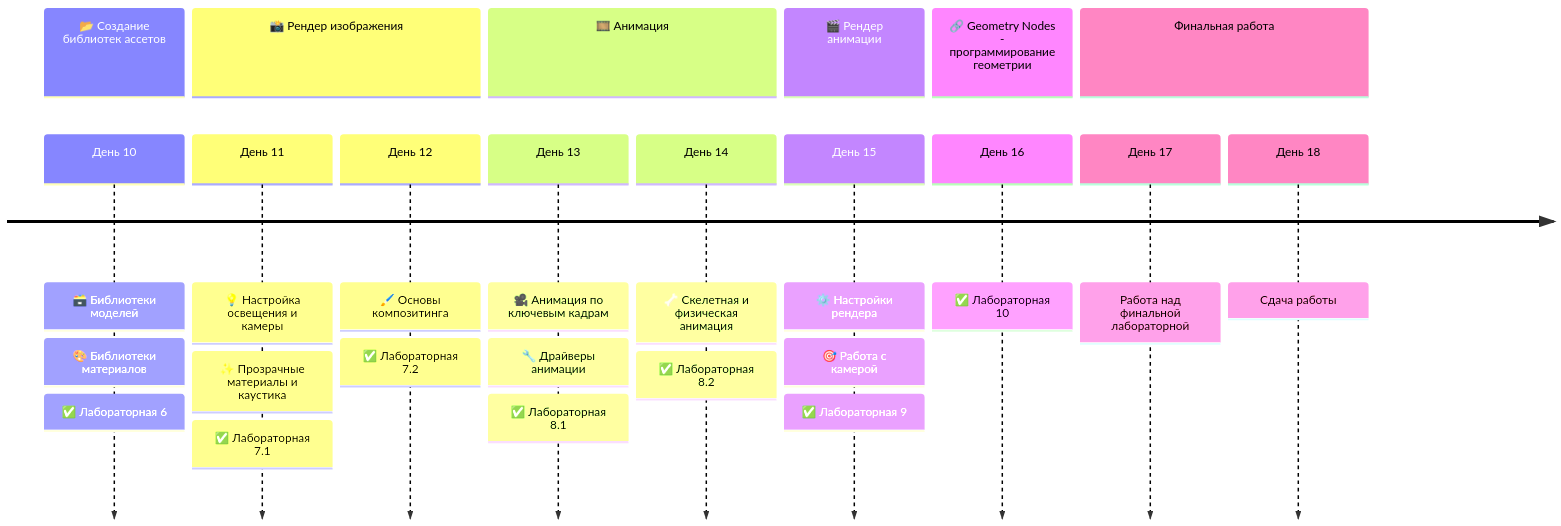
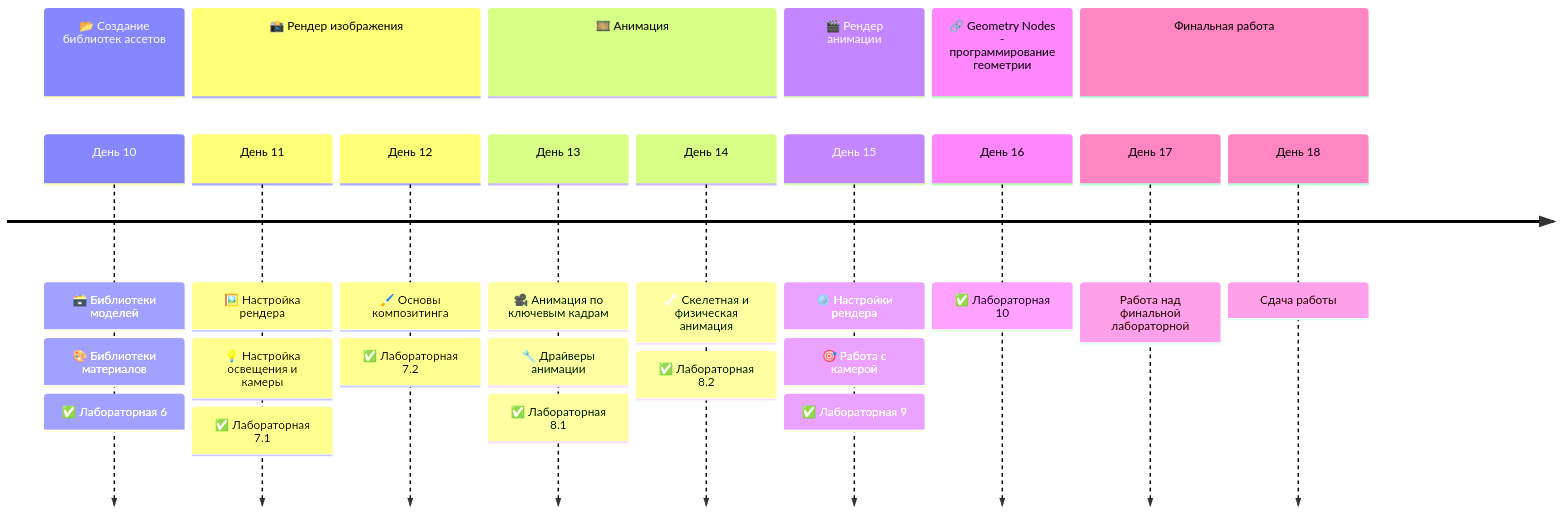
Before and after one commit to mvodya/3d-course-blender-2025: the second of 2 diagrams in README.md, drawn with Mermaid. The commit also changed other lines of this file, not shown here.

Commit message:
Fixed course timeline

````diff
--- a/README.md
+++ b/README.md
@@ -92,27 +92,27 @@
 ```mermaid
 timeline      
     section 📂 Создание библиотек ассетов
         День 10 : 🗃️ Библиотеки моделей : 🎨 Библиотеки материалов :
             ✅ Лабораторная 6
     section 📸 Рендер изображения
-        День 11 : 💡 Настройка освещения и камеры : ✨ Прозрачные материалы и каустика :
+        День 11 : 🖼️ Настройка рендера : 💡 Настройка освещения и камеры :
             ✅ Лабораторная 7.1
         День 12 : 🖌️ Основы композитинга :
             ✅ Лабораторная 7.2
     section 🎞️ Анимация
         День 13 : 🎥 Анимация по ключевым кадрам : 🔧 Драйверы анимации :
             ✅ Лабораторная 8.1
         День 14 : 🦴 Скелетная и физическая анимация :
             ✅ Лабораторная 8.2
     section 🎬 Рендер анимации
         День 15 : ⚙️ Настройки рендера : 🎯 Работа с камерой :
             ✅ Лабораторная 9
     section 🔗 Geometry Nodes - программирование геометрии
         День 16 :
             ✅ Лабораторная 10
     section Финальная работа
         День 17 :
             Работа над финальной лабораторной
         День 18 :
             Сдача работы
 ```
````
